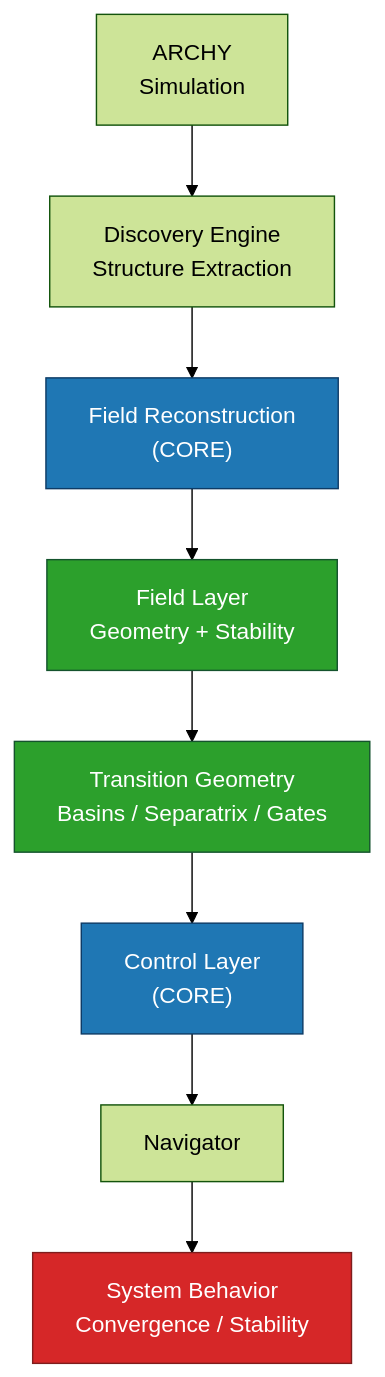
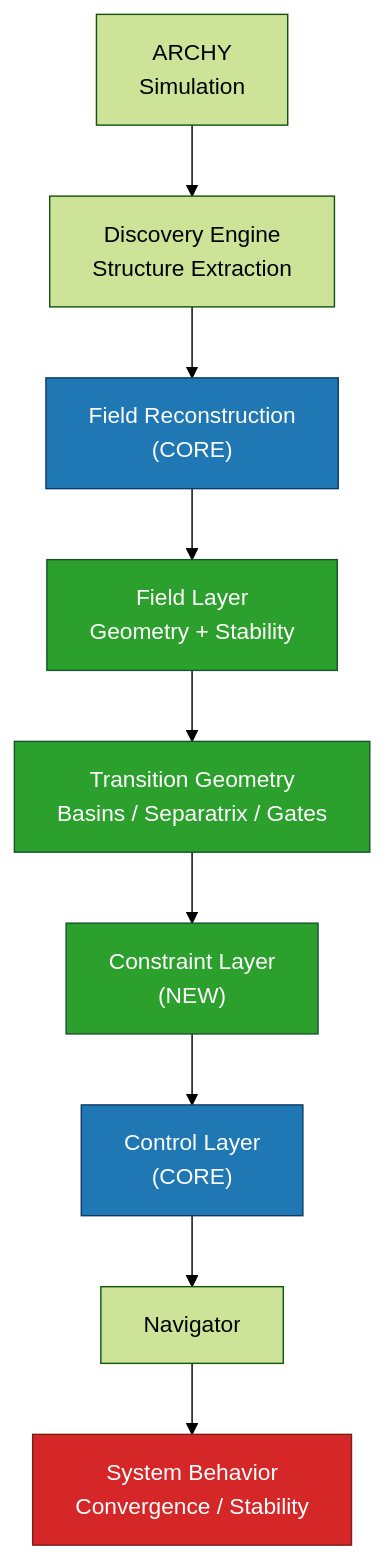
One commit to Scarabaeus1031/NEXAH changed the diagram in ARCHITECTURE/README.md. Above: the diagram before and after it, drawn with Mermaid (forest theme). The commit also changed other lines of this file, not shown here.

````diff
--- a/ARCHITECTURE/README.md
+++ b/ARCHITECTURE/README.md
@@ -51,24 +52,25 @@
 ```mermaid
 flowchart TD
 
 A["ARCHY\nSimulation"] --> B["Discovery Engine\nStructure Extraction"]
 
 B --> C["Field Reconstruction\n(CORE)"]
 C --> D["Field Layer\nGeometry + Stability"]
 
 D --> E["Transition Geometry\nBasins / Separatrix / Gates"]
 
-E --> F["Control Layer\n(CORE)"]
-F --> G["Navigator"]
+E --> F["Constraint Layer\n(NEW)"]
 
-G --> H["System Behavior\nConvergence / Stability"]
+F --> G["Control Layer\n(CORE)"]
+G --> H["Navigator"]
 
-%% Styling
+H --> I["System Behavior\nConvergence / Stability"]
+
 classDef core fill:#1f77b4,color:#fff,stroke:#0d3b66
 classDef layer fill:#2ca02c,color:#fff,stroke:#14532d
 classDef result fill:#d62728,color:#fff,stroke:#7f1d1d
 
-class C,F core
-class D,E layer
-class H result
+class C,G core
+class D,E,F layer
+class I result
 ```
````
